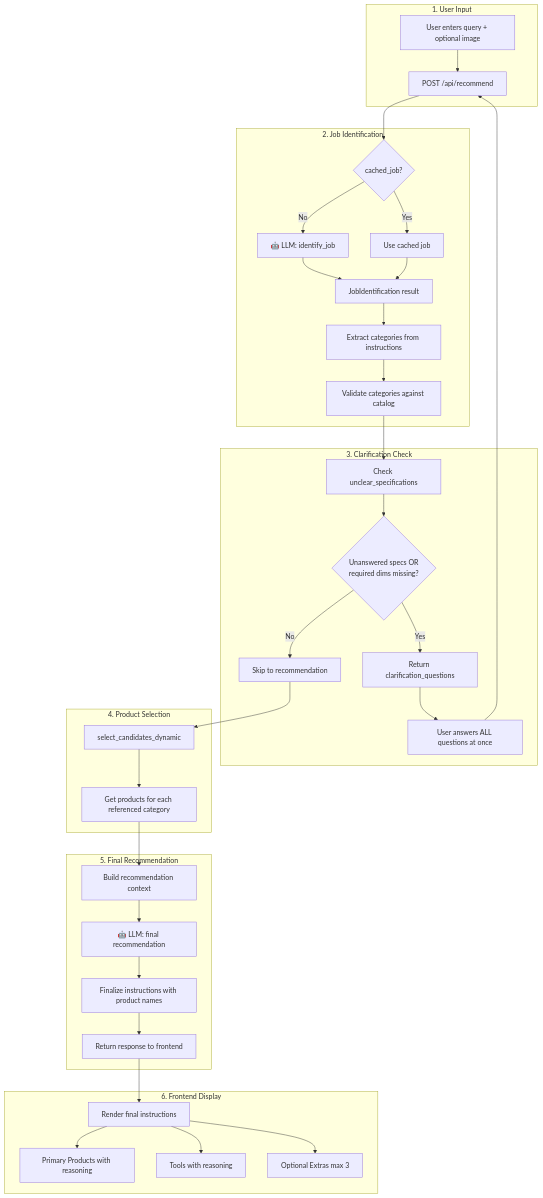
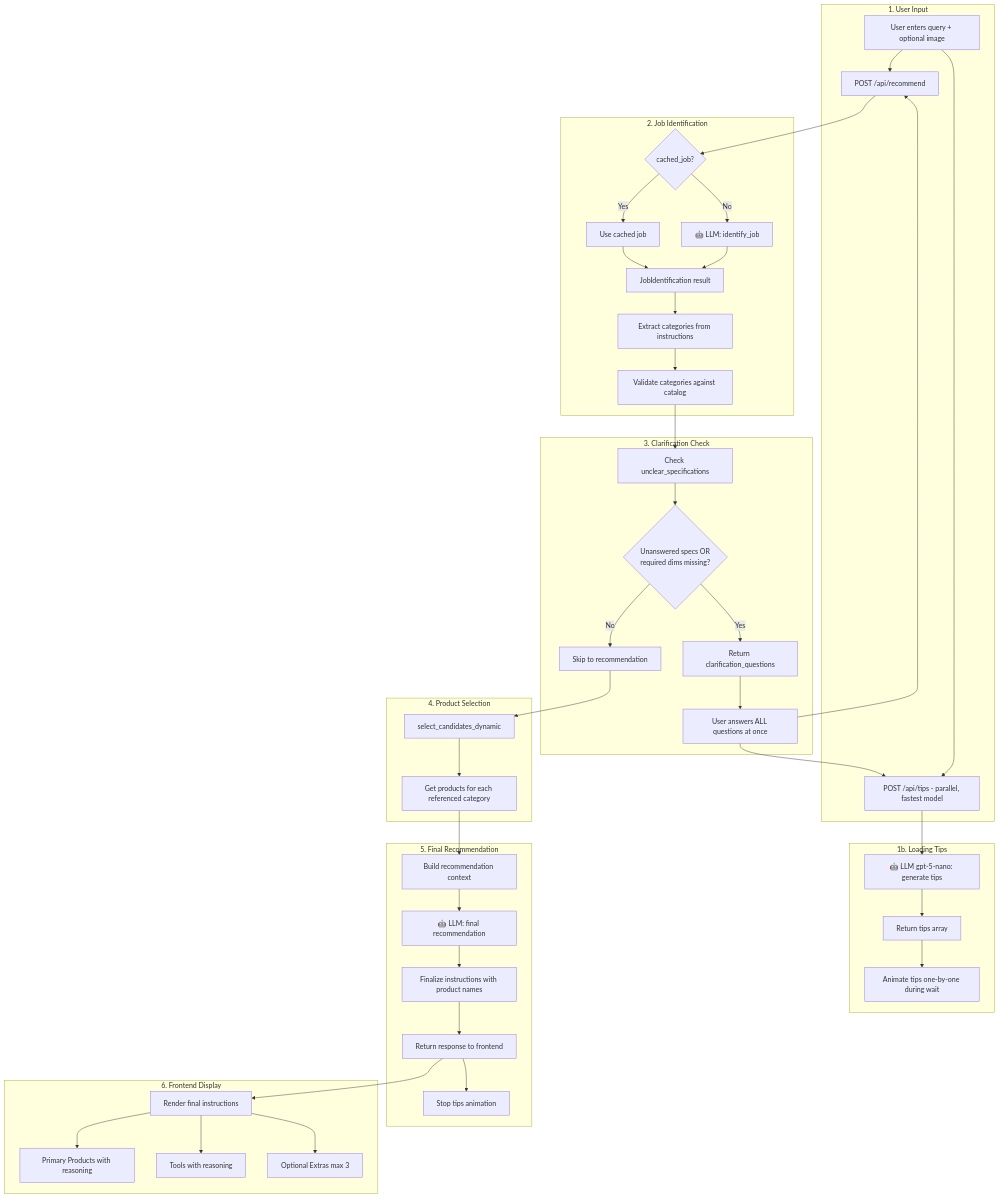
The first of 3 diagrams in web/FLOW.md (tim06927/Daiy), drawn with Mermaid before and after one commit. The commit also changed other lines of this file and 11 other files, not shown here.

Commit message:
Added Tips feature during wait time

````diff
--- a/web/FLOW.md
+++ b/web/FLOW.md
@@ -5,44 +5,53 @@
 ```mermaid
 flowchart TD
     subgraph "1. User Input"
         A[User enters query + optional image] --> B[POST /api/recommend]
+        A --> B2[POST /api/tips - parallel, fastest model]
+    end
+
+    subgraph "1b. Loading Tips"
+        B2 --> T1[🤖 LLM gpt-5-nano: generate tips]
+        T1 --> T2[Return tips array]
+        T2 --> T3[Animate tips one-by-one during wait]
     end
 
     subgraph "2. Job Identification"
         B --> C{cached_job?}
         C -->|Yes| D[Use cached job]
         C -->|No| E[🤖 LLM: identify_job]
         E --> F[JobIdentification result]
         D --> F
         F --> G[Extract categories from instructions]
         G --> H[Validate categories against catalog]
     end
 
     subgraph "3. Clarification Check"
         H --> I[Check unclear_specifications]
         I --> J{Unanswered specs OR<br/>required dims missing?}
         J -->|No| M[Skip to recommendation]
         J -->|Yes| K[Return clarification_questions]
         K --> L[User answers ALL questions at once]
         L --> B
+        L --> B2
     end
 
     subgraph "4. Product Selection"
         M --> N[select_candidates_dynamic]
         N --> O[Get products for each referenced category]
     end
 
     subgraph "5. Final Recommendation"
         O --> P[Build recommendation context]
         P --> Q[🤖 LLM: final recommendation]
         Q --> R[Finalize instructions with product names]
         R --> S[Return response to frontend]
+        S --> T4[Stop tips animation]
     end
 
     subgraph "6. Frontend Display"
         S --> T[Render final instructions]
         T --> U[Primary Products with reasoning]
         T --> V[Tools with reasoning]
         T --> W[Optional Extras max 3]
     end
 ```
````
